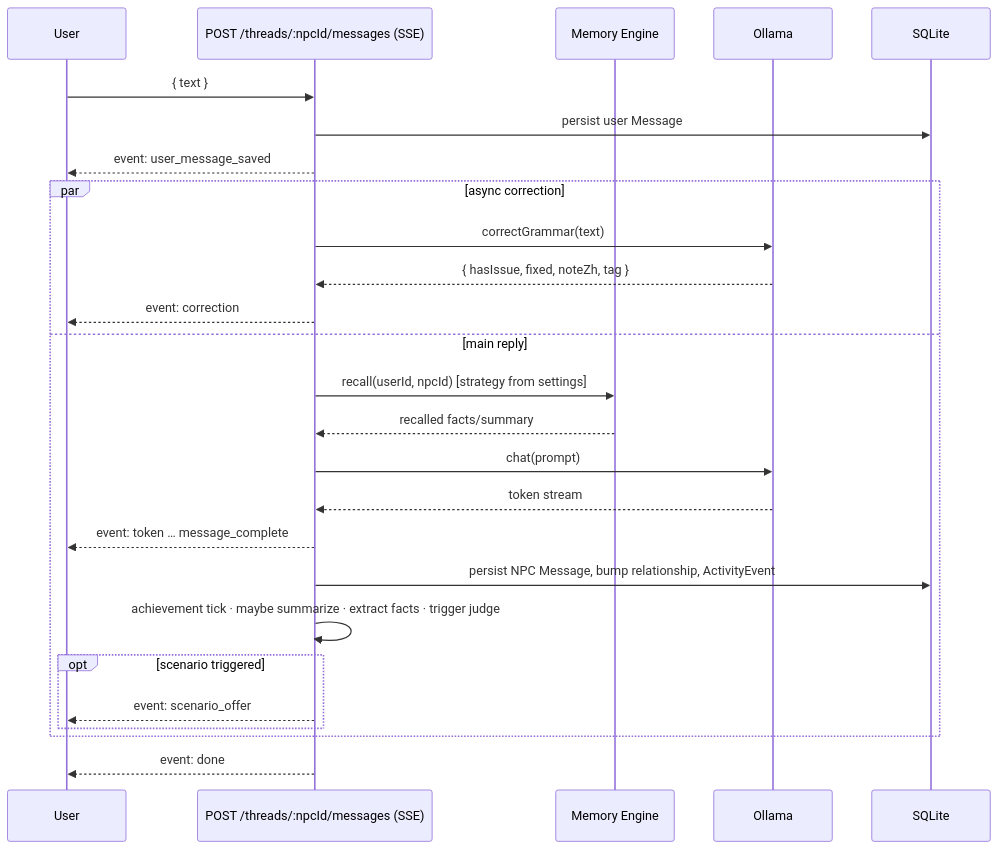
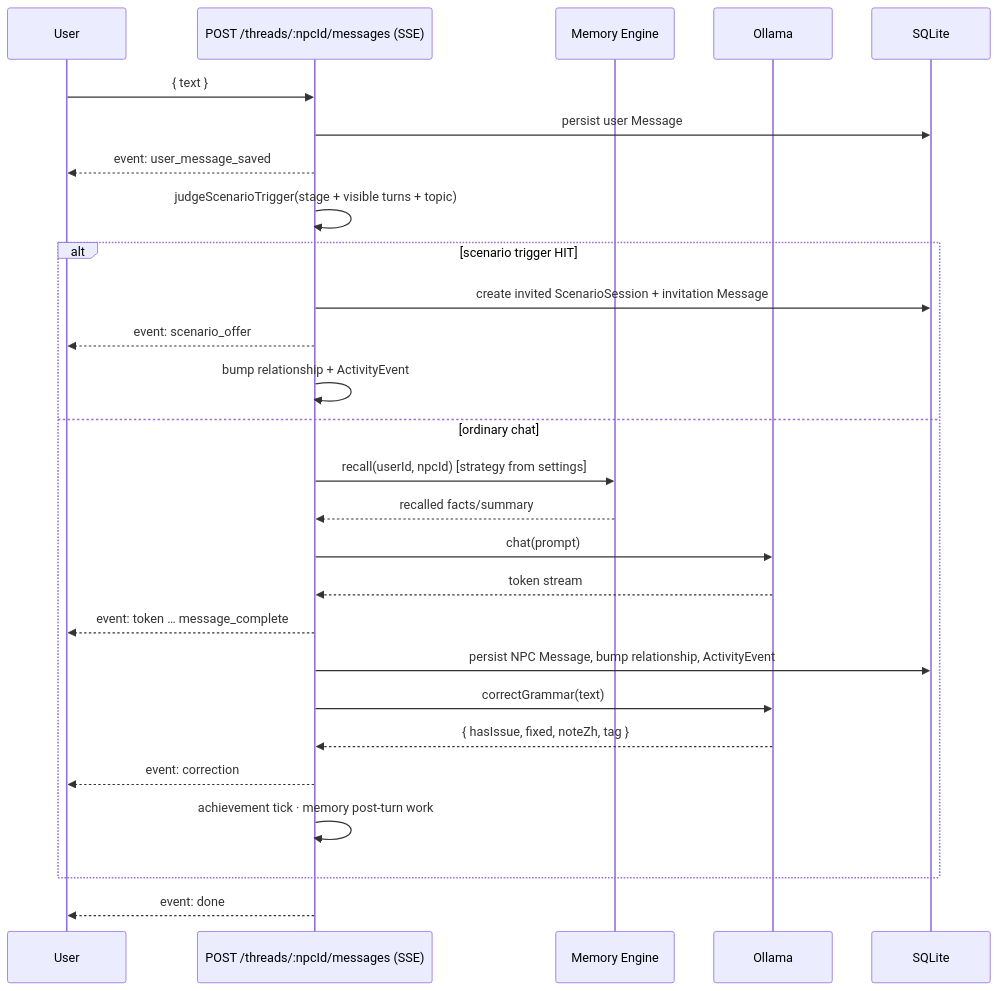
Before and after one commit to ruii-wu/popcorn-language: the second of 4 diagrams in docs/reports/architecture.md, drawn with Mermaid. The commit also changed other lines of this file and 33 other files, not shown here.

Commit message:
fix scenario offers and reversible message recall

````diff
--- a/docs/reports/architecture.md
+++ b/docs/reports/architecture.md
@@ -44,29 +44,30 @@
 ```mermaid
 sequenceDiagram
   participant U as User
   participant R as POST /threads/:npcId/messages (SSE)
   participant Mem as Memory Engine
   participant LLM as Ollama
   participant DB as SQLite
 
   U->>R: { text }
   R->>DB: persist user Message
   R-->>U: event: user_message_saved
-  par async correction
-    R->>LLM: correctGrammar(text)
-    LLM-->>R: { hasIssue, fixed, noteZh, tag }
-    R-->>U: event: correction
-  and main reply
+  R->>R: judgeScenarioTrigger(stage + visible turns + topic)
+  alt scenario trigger HIT
+    R->>DB: create invited ScenarioSession + invitation Message
+    R-->>U: event: scenario_offer
+    R->>R: bump relationship + ActivityEvent
+  else ordinary chat
     R->>Mem: recall(userId, npcId) [strategy from settings]
     Mem-->>R: recalled facts/summary
     R->>LLM: chat(prompt)
     LLM-->>R: token stream
     R-->>U: event: token … message_complete
     R->>DB: persist NPC Message, bump relationship, ActivityEvent
-    R->>R: achievement tick · maybe summarize · extract facts · trigger judge
-    opt scenario triggered
-      R-->>U: event: scenario_offer
-    end
+    R->>LLM: correctGrammar(text)
+    LLM-->>R: { hasIssue, fixed, noteZh, tag }
+    R-->>U: event: correction
+    R->>R: achievement tick · memory post-turn work
   end
   R-->>U: event: done
 ```
````
